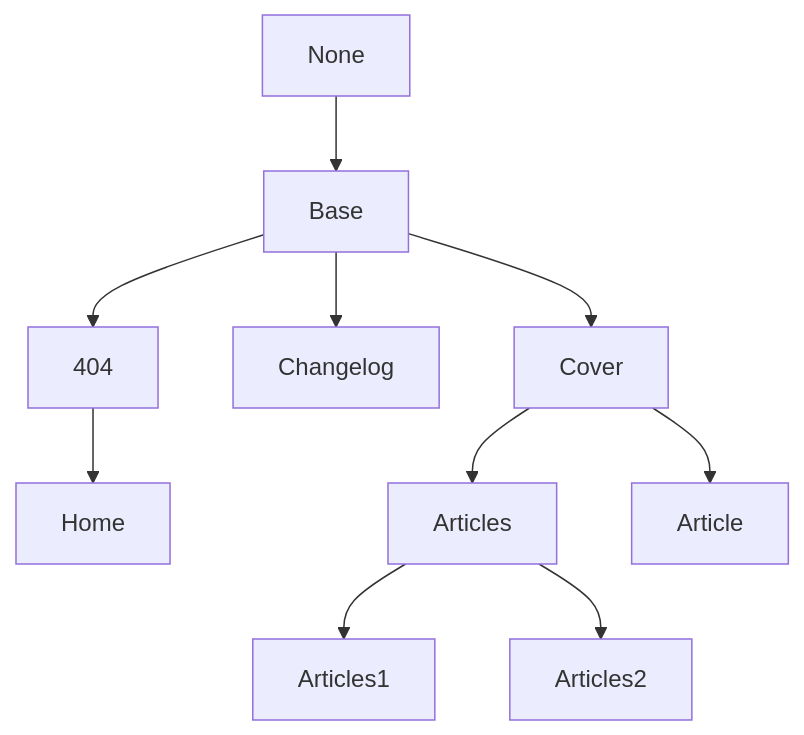
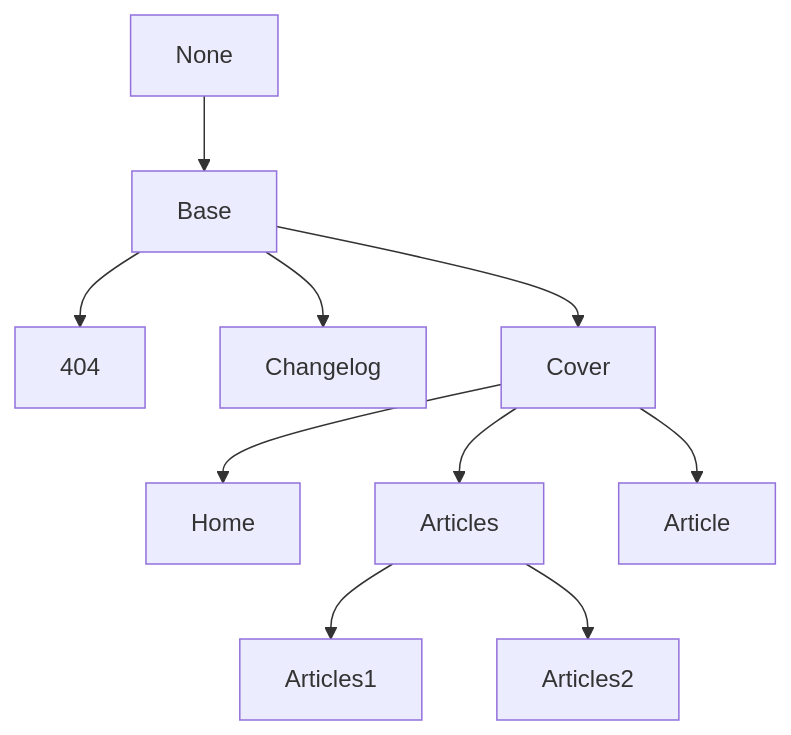
The diagram in layout/structure.md (saturn-drm/saturn-drm.github.io), drawn with Mermaid before and after one commit. The commit also changed 9 other files, not shown here.

````diff
--- a/layout/structure.md
+++ b/layout/structure.md
@@ -1,12 +1,12 @@
 ```mermaid
 graph TD
 None[None] --> Base[Base]
 Base[Base] --> 404[404]
 Base[Base] --> Changlog[Changelog]
-404[404] --> Home[Home]
 Base[Base] --> Cover[Cover]
+Cover[Cover] --> Home[Home]
 Cover[Cover] --> Articles[Articles]
 Articles[Articles] --> Articles1[Articles1]
 Articles[Articles] --> Articles2[Articles2]
 Cover[Cover] --> Article[Article]
 ```
````
